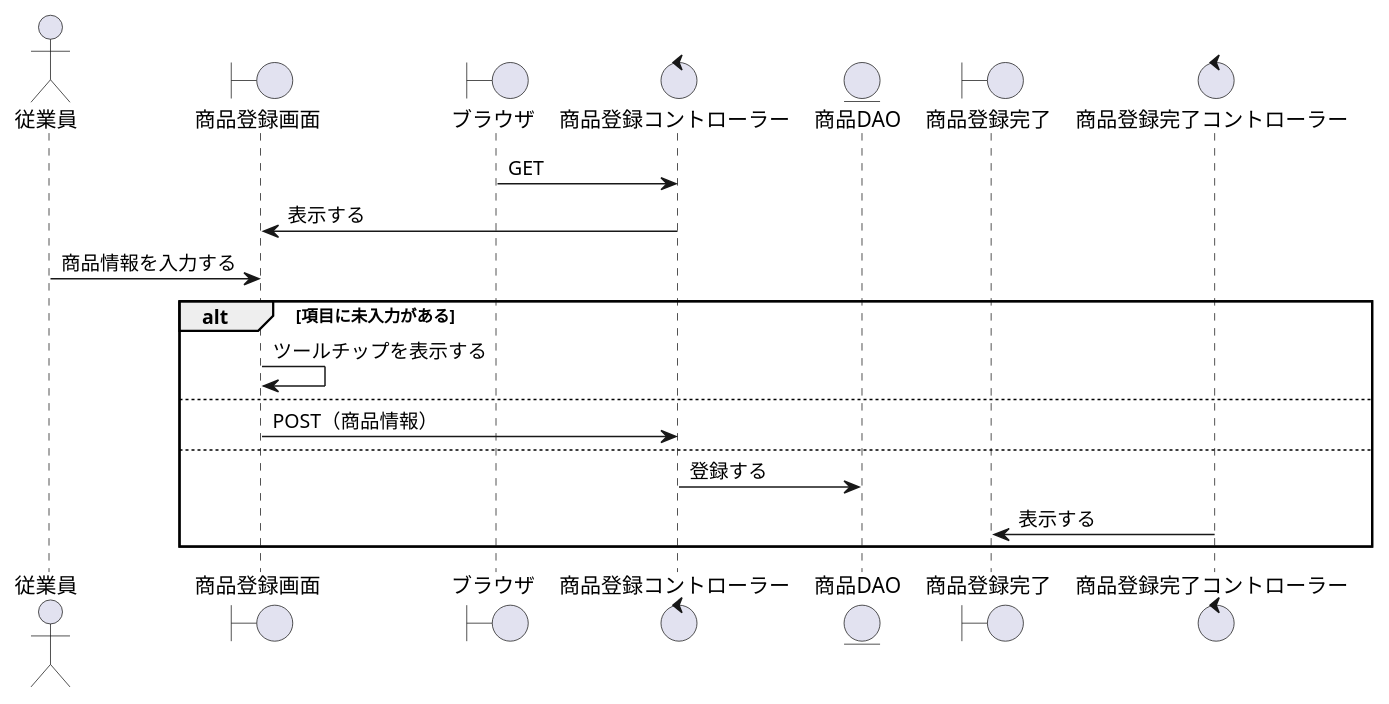
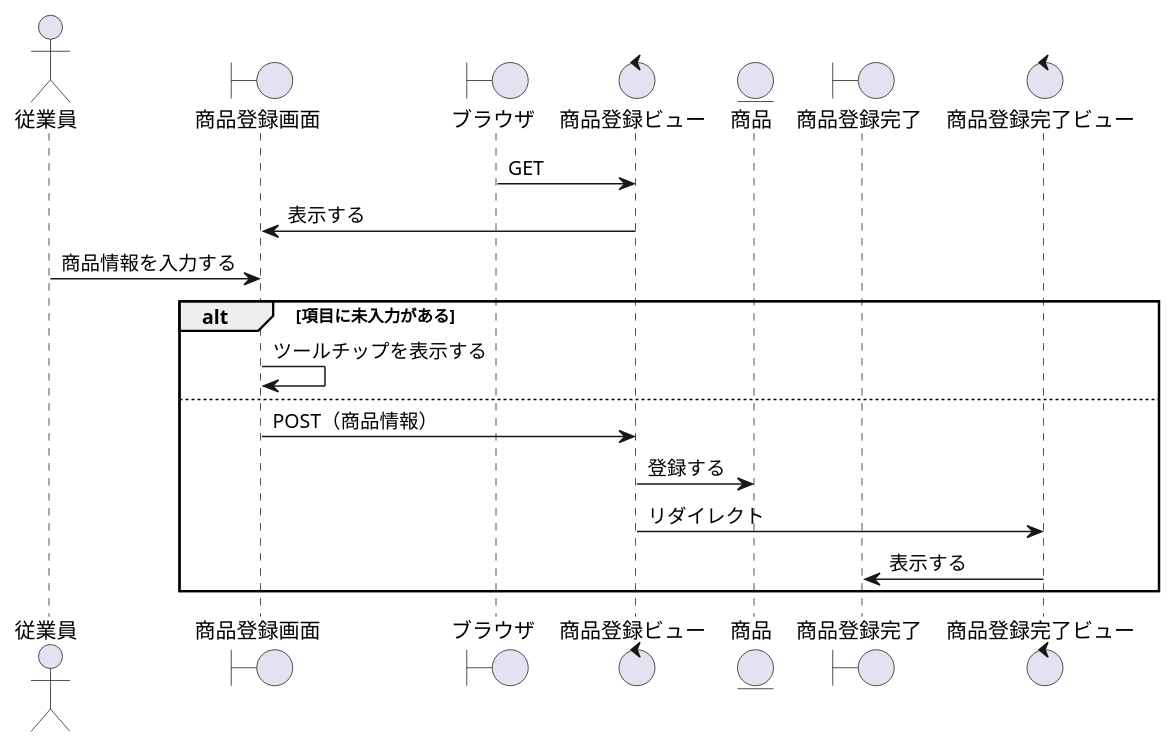
Before and after one commit to ysyk-wtnb16/team_D: the diagram in BBショップ/商品登録.wsd, drawn with PlantUML. The commit also changed 2 other files, not shown here.

```diff
--- a/BBショップ/商品登録.wsd
+++ b/BBショップ/商品登録.wsd
@@ -1,23 +1,23 @@
 @startuml syouhin_touroku
 actor "従業員" as act
 boundary "商品登録画面" as stb
 boundary "ブラウザ" as brz
-control "商品登録コントローラー" as stc
-entity "商品DAO" as product
+control "商品登録ビュー" as stc
+entity "商品" as product
 boundary "商品登録完了" as skb
-control "商品登録完了コントローラー" as skc
+control "商品登録完了ビュー" as skc
 
 brz -> stc: GET
 stb <- stc: 表示する
 act -> stb: 商品情報を入力する
 alt 項目に未入力がある
     
     stb -> stb: ツールチップを表示する
 else
     stb -> stc: POST（商品情報）
-
-    else
-        stc -> product: 登録する
-        skb <- skc: 表示する
+    
+    stc -> product: 登録する
+    stc -> skc: リダイレクト 
+    skb <- skc: 表示する
 end
 @enduml
```
